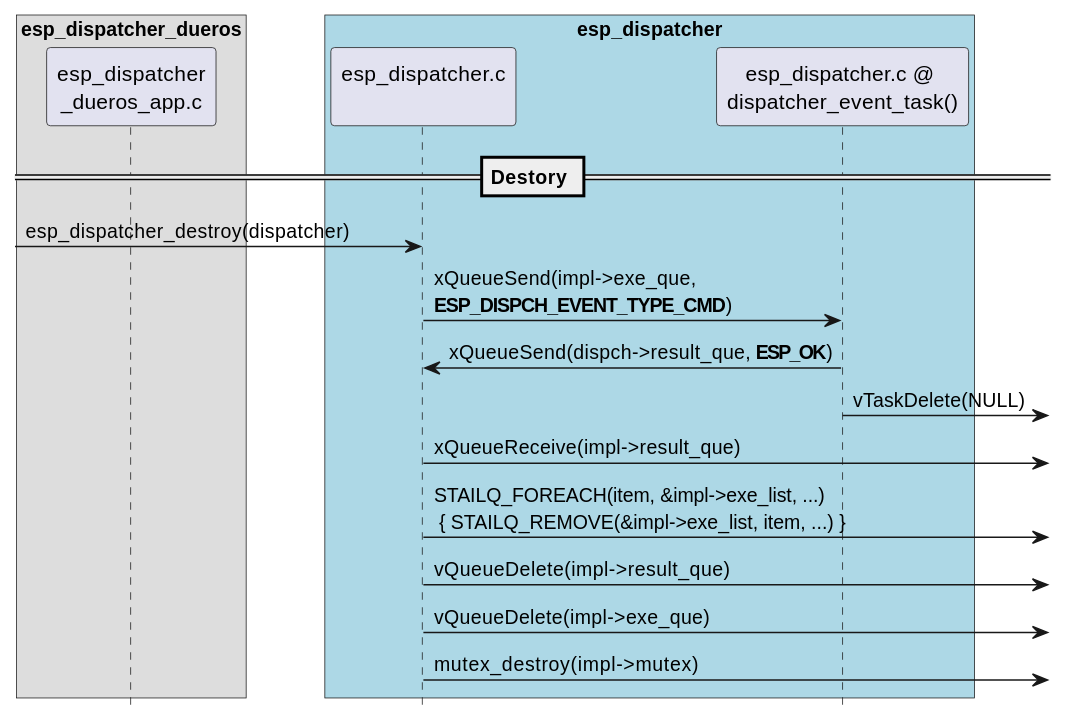
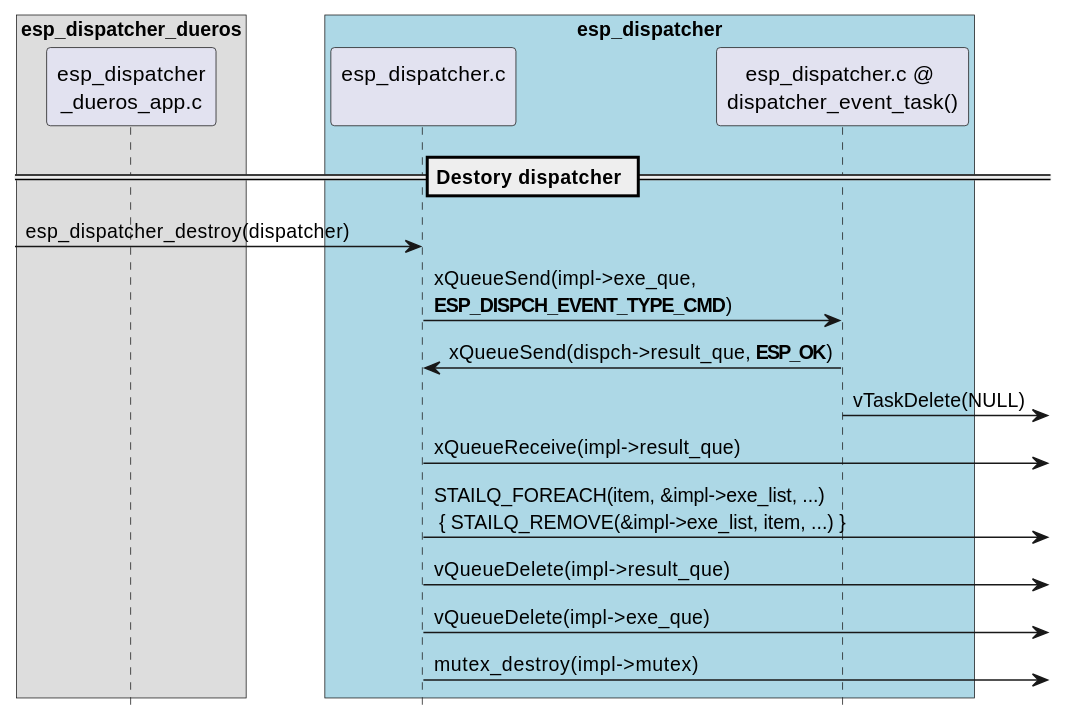
Before and after one commit to liangzhu2008/learn-esp-adf: the fifth of 5 diagrams in docs/inside-dispatcher/esp_dispatcher.rst, drawn with PlantUML. The commit also changed other lines of this file and 2 other files, not shown here.

```diff
--- a/docs/inside-dispatcher/esp_dispatcher.rst
+++ b/docs/inside-dispatcher/esp_dispatcher.rst
@@ -156,26 +161,26 @@
 .. uml::
 
     hide footbox
 
     box "esp_dispatcher_dueros"
-    participant "esp_dispatcher\n_dueros_app.c"         as example           order 10
+    participant "esp_dispatcher\n_dueros_app.c"         as adf_app           order 10
     end box
 
     box "esp_dispatcher" #LightBlue
     participant "esp_dispatcher.c\n"                    as dispatcher_comp   order 20
     participant "esp_dispatcher.c @ \ndispatcher_event_task()" as dispatcher_task   order 30
     end box
 
-    == Destory ==
+    == Destory dispatcher ==
     [-> dispatcher_comp : esp_dispatcher_destroy(dispatcher)
 
     dispatcher_comp -> dispatcher_task : xQueueSend(impl->exe_que, \n**ESP_DISPCH_EVENT_TYPE_CMD**)
     dispatcher_task -> dispatcher_comp : xQueueSend(dispch->result_que, **ESP_OK**)
     dispatcher_task ->] : vTaskDelete(NULL)
     deactivate dispatcher_task 
 
     dispatcher_comp ->] : xQueueReceive(impl->result_que)
     dispatcher_comp ->] : STAILQ_FOREACH(item, &impl->exe_list, ...) \n { STAILQ_REMOVE(&impl->exe_list, item, ...) }
     dispatcher_comp ->] : vQueueDelete(impl->result_que)
     dispatcher_comp ->] : vQueueDelete(impl->exe_que)
     dispatcher_comp ->] : mutex_destroy(impl->mutex)
```
